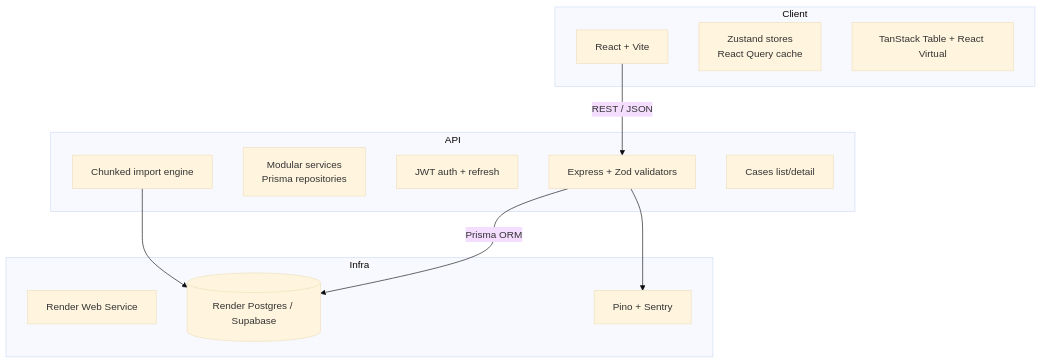
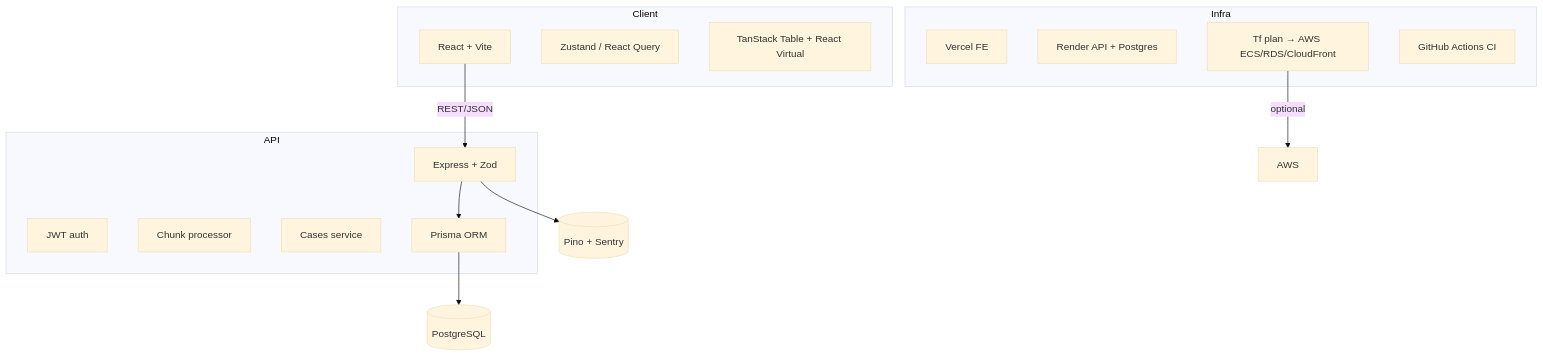
One commit to KushRawat/caseflow changed the diagram in README.md. Above: the diagram before and after it, drawn with Mermaid (base theme). The commit also changed other lines of this file and 20 other files, not shown here.

Commit message:
added optional terraform scripts + grid fixes + UI updates

````diff
--- a/README.md
+++ b/README.md
@@ -16,25 +16,27 @@
 ```mermaid
 graph TD
   subgraph Client
     UI[React + Vite]
-    State[Zustand stores<br/>React Query cache]
+    State[Zustand / React Query]
     Grid[TanStack Table + React Virtual]
   end
   subgraph API
-    Express[Express + Zod validators]
-    Services[Modular services<br/>Prisma repositories]
-    Auth[JWT auth + refresh]
-    Imports[Chunked import engine]
-    Cases[Cases list/detail]
+    Express[Express + Zod]
+    Auth[JWT auth]
+    Imports[Chunk processor]
+    Cases[Cases service]
+    Prisma[Prisma ORM]
   end
   subgraph Infra
-    Render[Render Web Service]
-    Postgres[(Render Postgres / Supabase)]
-    Logging[Pino + Sentry]
+    Vercel[Vercel FE]
+    Render[Render API + Postgres]
+    Terraform[Tf plan → AWS ECS/RDS/CloudFront]
+    GitHub[GitHub Actions CI]
   end
 
-  UI -->|"REST / JSON"| Express
-  Express -->|"Prisma ORM"| Postgres
-  Express --> Logging
-  Imports --> Postgres
+  UI -->|"REST/JSON"| Express
+  Express --> Prisma
+  Prisma --> Postgres[(PostgreSQL)]
+  Express --> Logging[(Pino + Sentry)]
+  Terraform -->|optional| AWS
 ```
````
